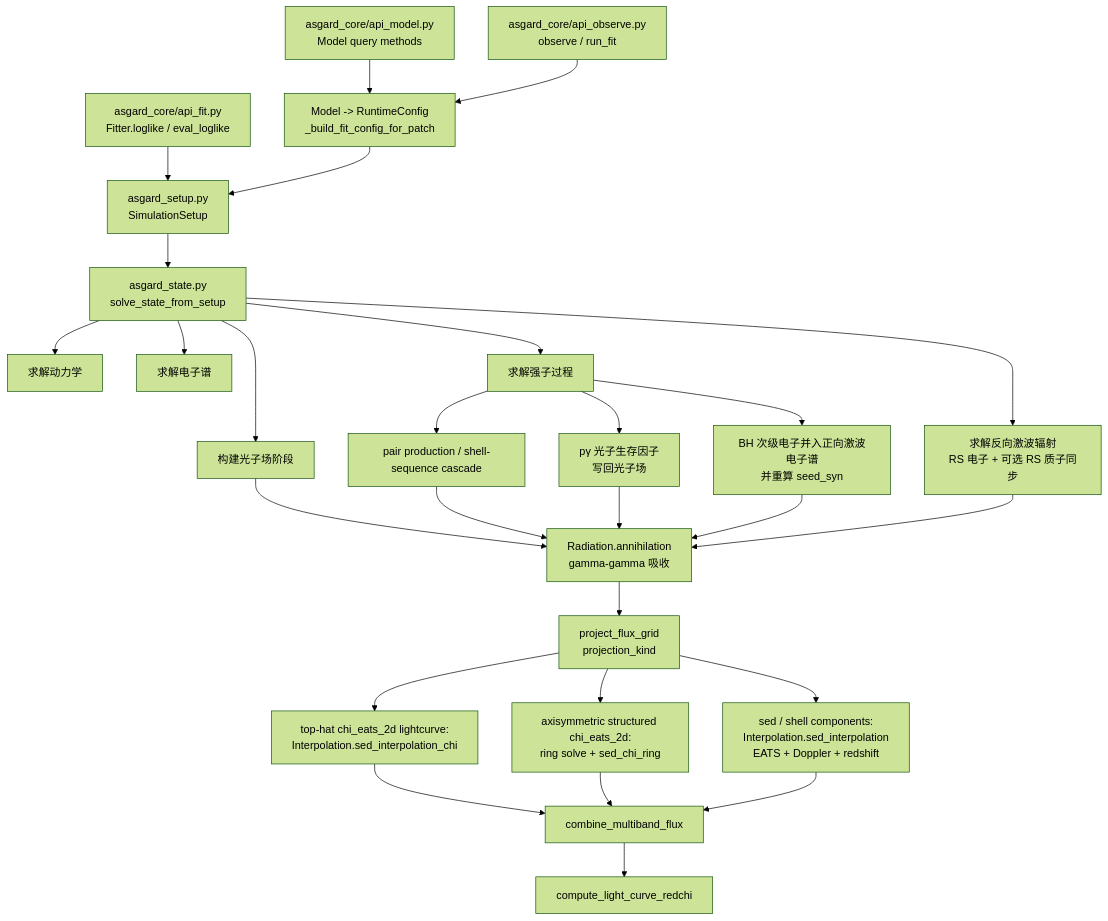
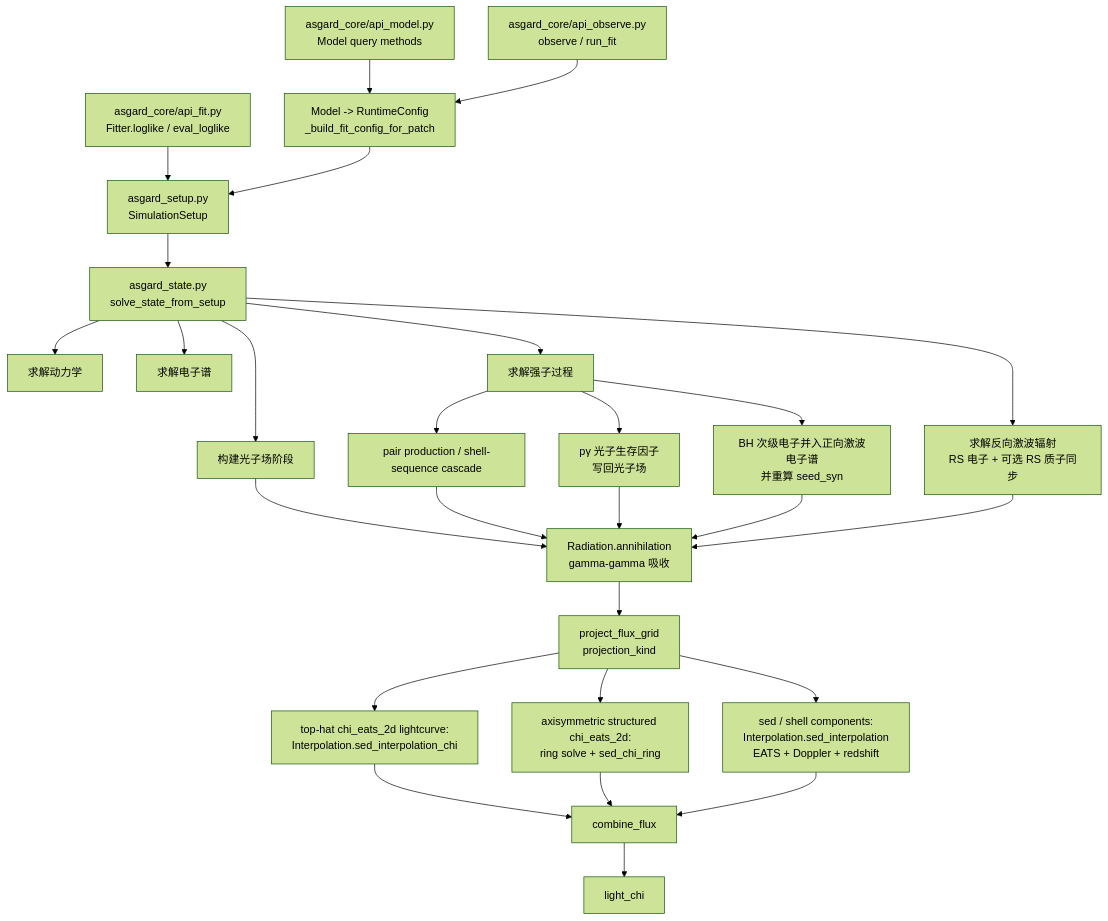
One commit to mikuru1096/ASGARD_GRBAfterglow changed the first of 2 diagrams in doc/call_chain.md. Above: the diagram before and after it, drawn with Mermaid (forest theme). The commit also changed other lines of this file and 8 other files, not shown here.

````diff
--- a/doc/call_chain.md
+++ b/doc/call_chain.md
@@ -7,29 +7,29 @@
 ```mermaid
 flowchart TD
     A["asgard_core/api_model.py\nModel query methods"] --> B["Model -> RuntimeConfig\n_build_fit_config_for_patch"]
     X["asgard_core/api_observe.py\nobserve / run_fit"] --> B
     Y["asgard_core/api_fit.py\nFitter.loglike / eval_loglike"] --> S
     B --> S["asgard_setup.py\nSimulationSetup"]
     S --> D["asgard_state.py\nsolve_state_from_setup"]
     D --> E["求解动力学"]
     D --> F["求解电子谱"]
     D --> G["求解反向激波辐射\nRS 电子 + 可选 RS 质子同步"]
     D --> H["构建光子场阶段"]
     D --> I["求解强子过程"]
     I --> J["BH 次级电子并入正向激波电子谱\n并重算 seed_syn"]
     I --> K["pγ 光子生存因子\n写回光子场"]
     I --> Q["pair production / shell-sequence cascade"]
     H --> L["Radiation.annihilation\ngamma-gamma 吸收"]
     Q --> L
     K --> L
     J --> L
     G --> L
     L --> M["project_flux_grid\nprojection_kind"]
     M --> N["top-hat chi_eats_2d lightcurve:\nInterpolation.sed_interpolation_chi"]
     M --> T["axisymmetric structured chi_eats_2d:\nring solve + sed_chi_ring"]
     M --> R["sed / shell components:\nInterpolation.sed_interpolation\nEATS + Doppler + redshift"]
-    N --> O["combine_multiband_flux"]
+    N --> O["combine_flux"]
     T --> O
     R --> O
-    O --> P["compute_light_curve_redchi"]
+    O --> P["light_chi"]
 ```
````
